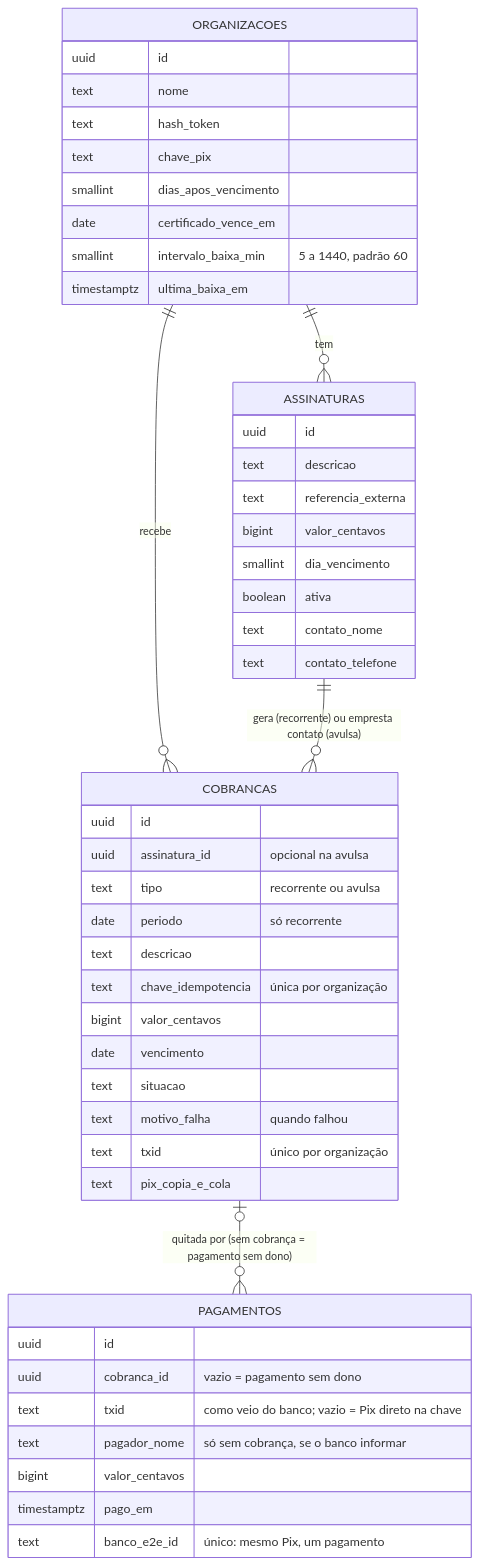
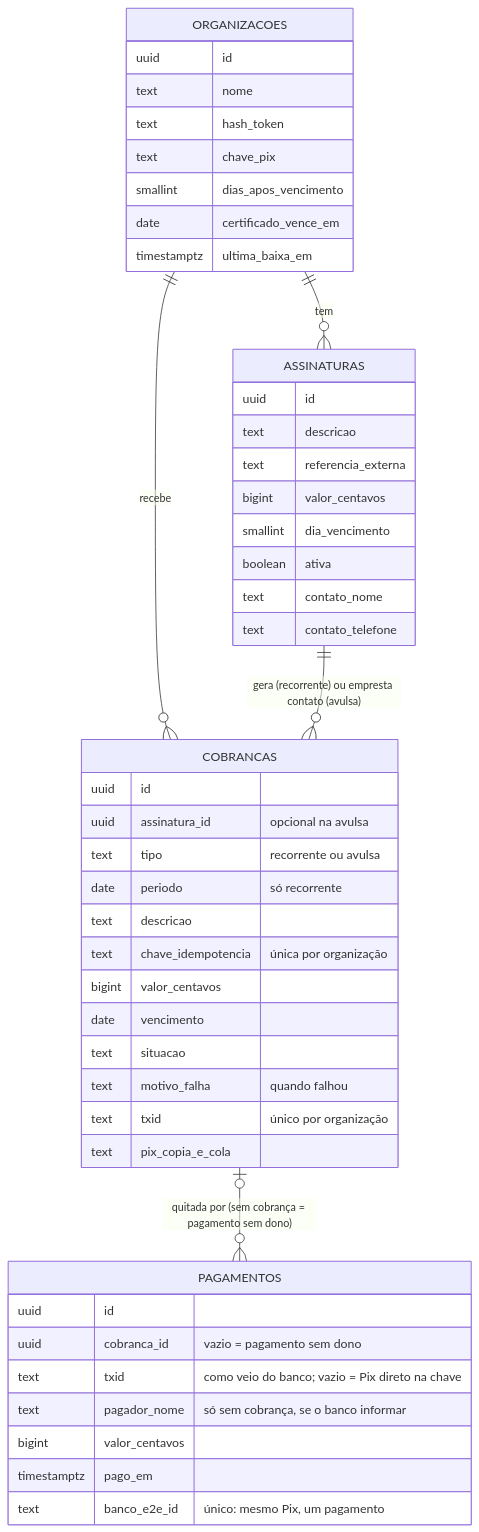
The eighth of 9 diagrams in docs/processos.md (leonardorudolfocardoso/pix-em-dia), drawn with Mermaid before and after one commit. The commit also changed other lines of this file and 3 other files, not shown here.

````diff
--- a/docs/processos.md
+++ b/docs/processos.md
@@ -205,50 +205,49 @@
 ```mermaid
 erDiagram
   ORGANIZACOES ||--o{ ASSINATURAS : tem
   ORGANIZACOES ||--o{ COBRANCAS : recebe
   ASSINATURAS ||--o{ COBRANCAS : "gera (recorrente) ou empresta contato (avulsa)"
   COBRANCAS |o--o{ PAGAMENTOS : "quitada por (sem cobrança = pagamento sem dono)"
   ORGANIZACOES {
     uuid id
     text nome
     text hash_token
     text chave_pix
     smallint dias_apos_vencimento
     date certificado_vence_em
-    smallint intervalo_baixa_min "5 a 1440, padrão 60"
     timestamptz ultima_baixa_em
   }
   ASSINATURAS {
     uuid id
     text descricao
     text referencia_externa
     bigint valor_centavos
     smallint dia_vencimento
     boolean ativa
     text contato_nome
     text contato_telefone
   }
   COBRANCAS {
     uuid id
     uuid assinatura_id "opcional na avulsa"
     text tipo "recorrente ou avulsa"
     date periodo "só recorrente"
     text descricao
     text chave_idempotencia "única por organização"
     bigint valor_centavos
     date vencimento
     text situacao
     text motivo_falha "quando falhou"
     text txid "único por organização"
     text pix_copia_e_cola
   }
   PAGAMENTOS {
     uuid id
     uuid cobranca_id "vazio = pagamento sem dono"
     text txid "como veio do banco; vazio = Pix direto na chave"
     text pagador_nome "só sem cobrança, se o banco informar"
     bigint valor_centavos
     timestamptz pago_em
     text banco_e2e_id "único: mesmo Pix, um pagamento"
   }
 ```
````
